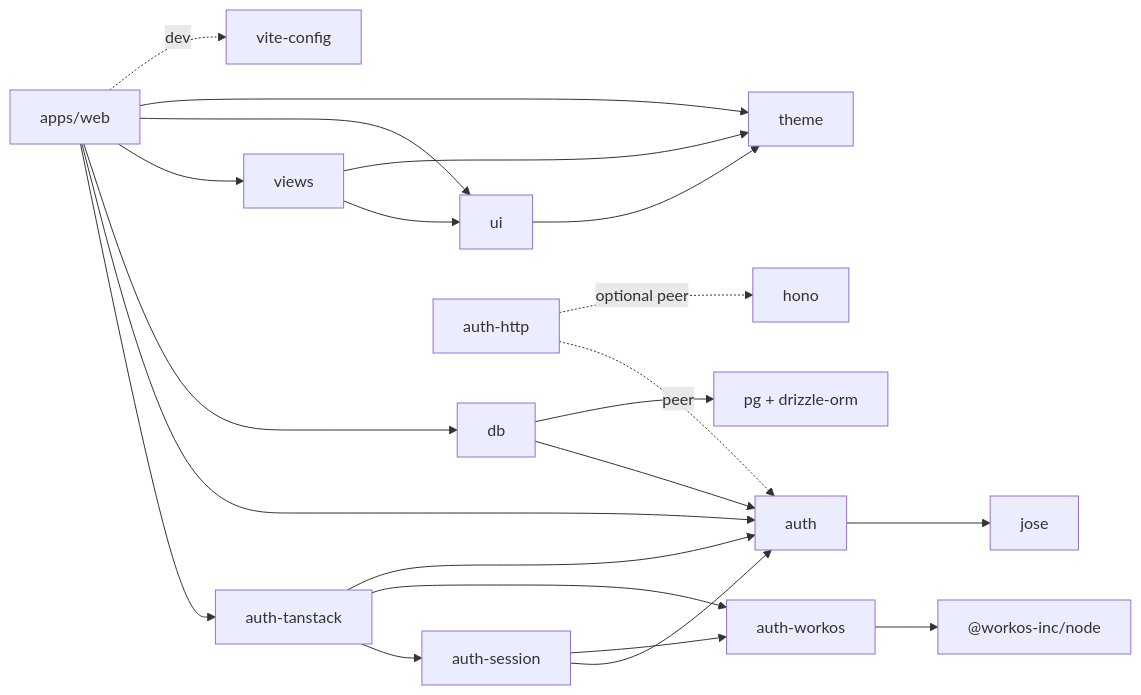
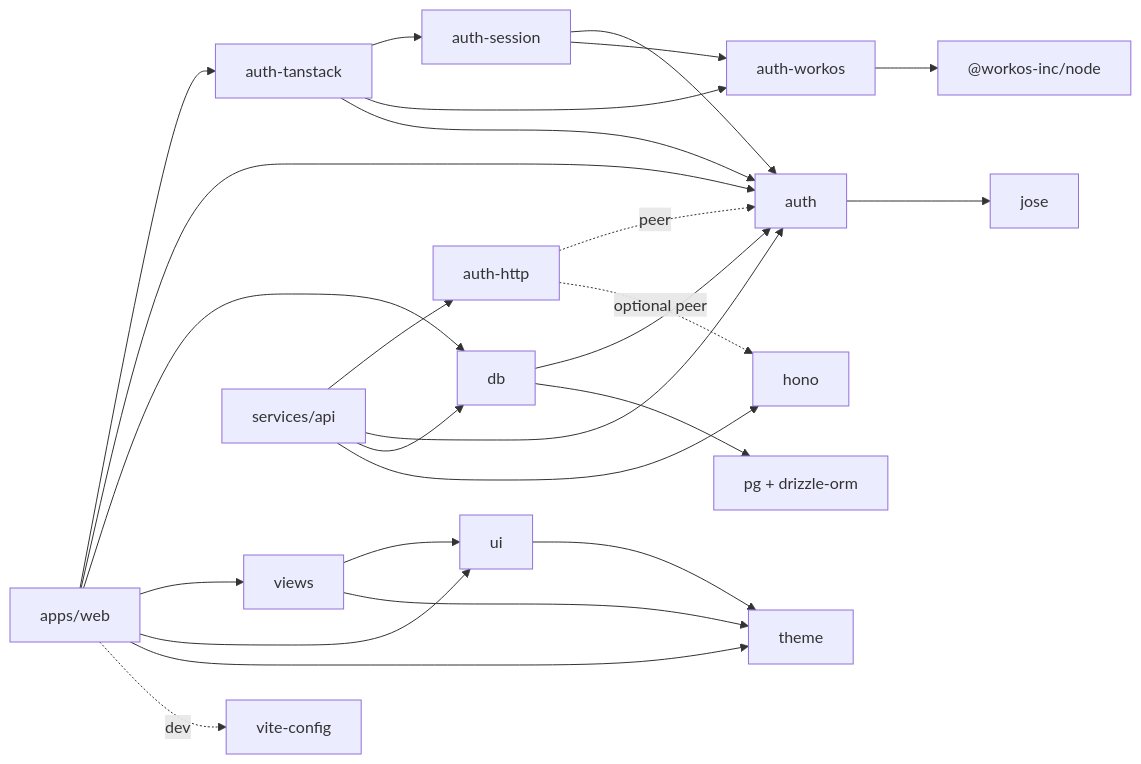
Before and after one commit to littleorgans/lilo-moon-template: the first of 6 diagrams in docs/system-overview.md, drawn with Mermaid. The commit also changed other lines of this file and 42 other files, not shown here.

First line of the commit message:
feat(api): add the services/api reference and the node-service task layer (#110)

````diff
--- a/docs/system-overview.md
+++ b/docs/system-overview.md
@@ -66,24 +67,28 @@
 ```mermaid
 graph LR
   web[apps/web] --> auth-tanstack
   web --> auth
   web --> db
   web --> views
   web --> ui
   web --> theme
   web -. dev .-> vite-config
   auth-tanstack --> auth-session
   auth-tanstack --> auth-workos
   auth-tanstack --> auth
   auth-session --> auth
   auth-session --> auth-workos
+  api[services/api] --> auth-http
+  api --> auth
+  api --> db
+  api --> hono
   auth-http -. peer .-> auth
   auth-http -. optional peer .-> hono
   auth-workos --> sdk["@workos-inc/node"]
   auth --> jose
   db --> auth
   db --> pg["pg + drizzle-orm"]
   views --> ui
   views --> theme
   ui --> theme
 ```
````
